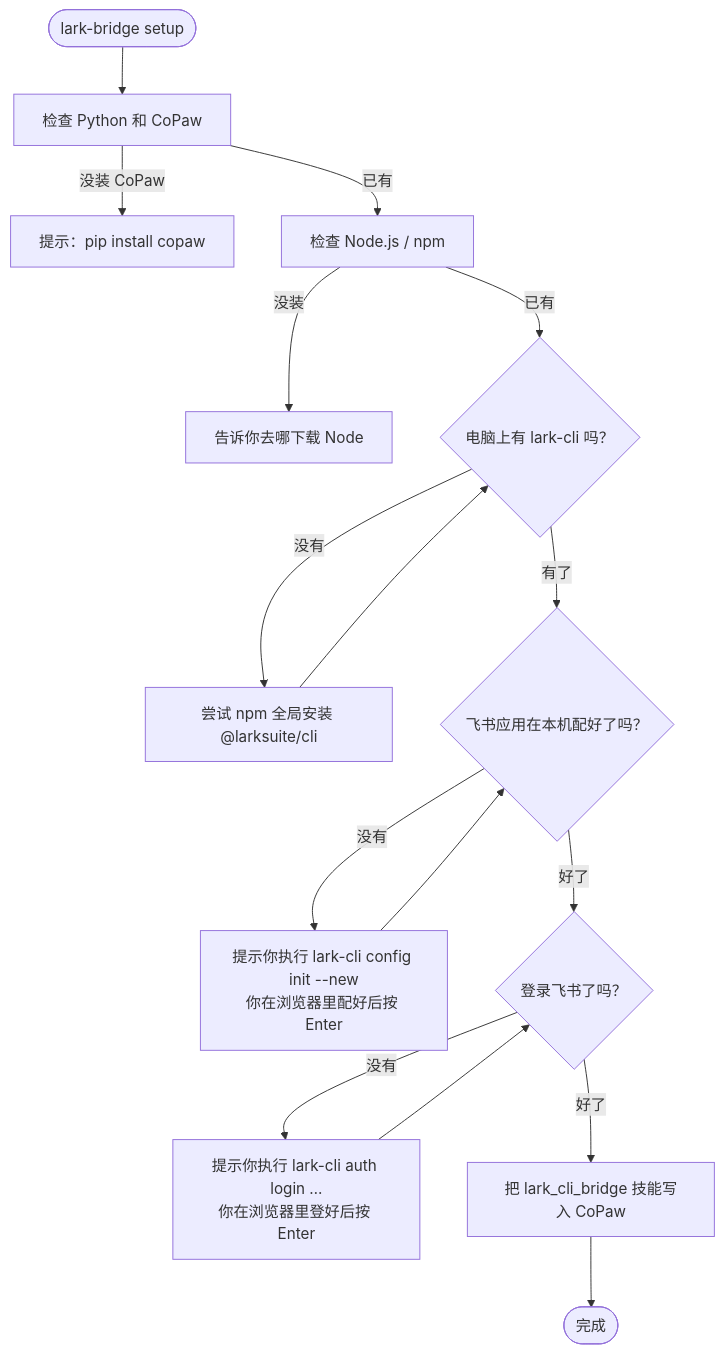
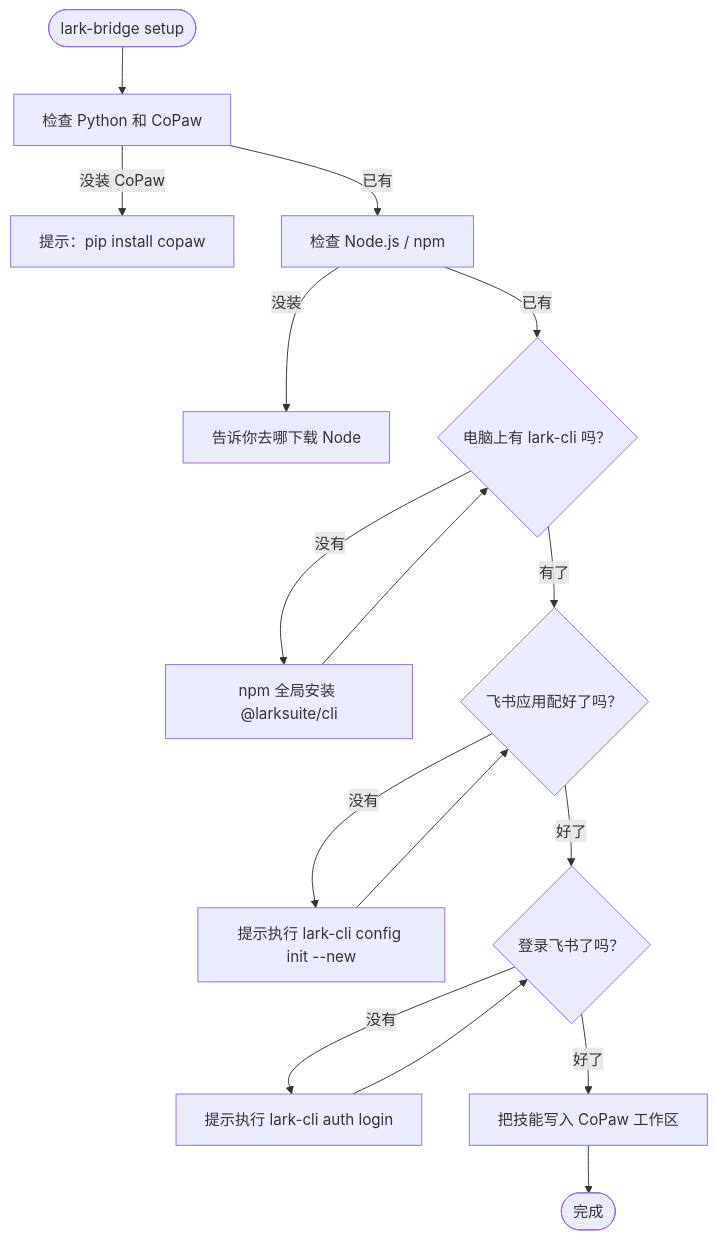
Before and after one commit to guodaxia103/lark-agent-bridge: the first of 2 diagrams in README.md, drawn with Mermaid. The commit also changed other lines of this file and 15 other files, not shown here.

````diff
--- a/README.md
+++ b/README.md
@@ -233,18 +135,18 @@
 ```mermaid
 flowchart TD
     S(["lark-bridge setup"]) --> P["检查 Python 和 CoPaw"]
     P -->|没装 CoPaw| TIP1["提示：pip install copaw"]
     P -->|已有| N["检查 Node.js / npm"]
     N -->|没装| TIP2["告诉你去哪下载 Node"]
     N -->|已有| L{"电脑上有 lark-cli 吗？"}
-    L -->|没有| INST["尝试 npm 全局安装 @larksuite/cli"]
+    L -->|没有| INST["npm 全局安装 @larksuite/cli"]
     INST --> L
-    L -->|有了| C{"飞书应用在本机配好了吗？"}
-    C -->|没有| CONF["提示你执行 lark-cli config init --new\n你在浏览器里配好后按 Enter"]
+    L -->|有了| C{"飞书应用配好了吗？"}
+    C -->|没有| CONF["提示执行 lark-cli config init --new"]
     CONF --> C
     C -->|好了| A{"登录飞书了吗？"}
-    A -->|没有| LOGIN["提示你执行 lark-cli auth login …\n你在浏览器里登好后按 Enter"]
+    A -->|没有| LOGIN["提示执行 lark-cli auth login"]
     LOGIN --> A
-    A -->|好了| SK["把 lark_cli_bridge 技能写入 CoPaw"]
+    A -->|好了| SK["把技能写入 CoPaw 工作区"]
     SK --> DONE(["完成"])
 ```
````
